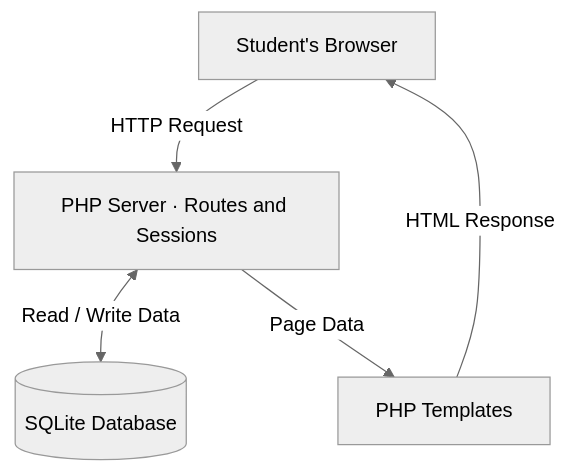
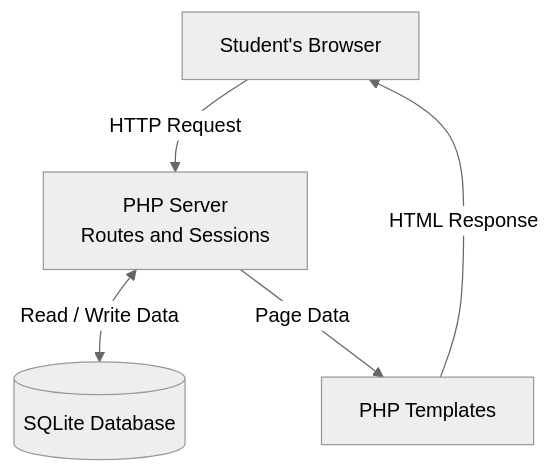
One commit to SirBLANKO/Locker_Patched changed the diagram in architecture-sketch.md. Above: the diagram before and after it, drawn with Mermaid (neutral theme). The commit also changed other lines of this file, not shown here.

First line of the commit message:
Revise architecture sketch with new details

````diff
--- a/architecture-sketch.md
+++ b/architecture-sketch.md
@@ -1,12 +1,12 @@
 ```mermaid
 flowchart TD
     Browser["Student's Browser"]
-    Server["PHP Server · Routes and Sessions"]
+    Server["PHP Server<br/>Routes and Sessions"]
     DB[("SQLite Database")]
     Views["PHP Templates"]
 
     Browser -->|"HTTP Request"| Server
     Server <-->|"Read / Write Data"| DB
     Server -->|"Page Data"| Views
     Views -->|"HTML Response"| Browser
 ```
````
